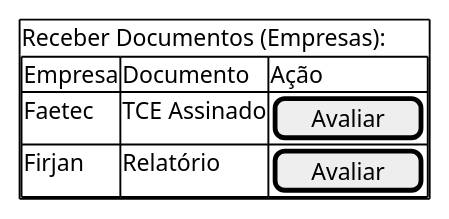
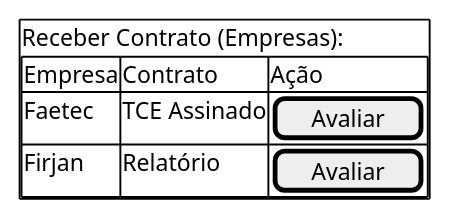
Before and after one commit to Projetos-de-Extensao/PBE_26.1_8002_III: the diagram in docs/assets/Diagramas/src/tela_secretaria_empresa.puml, drawn with PlantUML. The commit also changed 4 other files, not shown here.

```diff
--- a/docs/assets/Diagramas/src/tela_secretaria_empresa.puml
+++ b/docs/assets/Diagramas/src/tela_secretaria_empresa.puml
@@ -1,10 +1,10 @@
 @startsalt
 {+
-  Receber Documentos (Empresas):
+  Receber Contrato (Empresas):
   {#
-    Empresa | Documento | Ação
+    Empresa | Contrato | Ação
     Faetec | TCE Assinado | [ Avaliar ]
     Firjan | Relatório | [ Avaliar ]
   }
 }
 @endsalt
```
